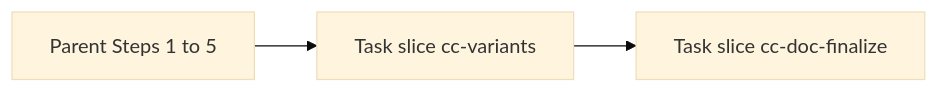
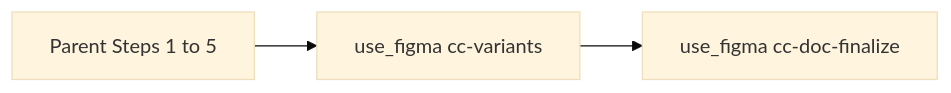
The diagram in skills/create-component/conventions/08-cursor-composer-mcp.md (JBabcock-DL/DesignOps-plugin), drawn with Mermaid (base theme) before and after one commit. The commit also changed other lines of this file and 54 other files, not shown here.

````diff
--- a/skills/create-component/conventions/08-cursor-composer-mcp.md
+++ b/skills/create-component/conventions/08-cursor-composer-mcp.md
@@ -74,8 +119,8 @@
 ```mermaid
 flowchart LR
   parent[Parent Steps 1 to 5]
-  t0[Task slice cc-variants]
-  t5[Task slice cc-doc-finalize]
-  parent --> t0
-  t0 --> t5
+  u0[use_figma cc-variants]
+  u5[use_figma cc-doc-finalize]
+  parent --> u0
+  u0 --> u5
 ```
````
